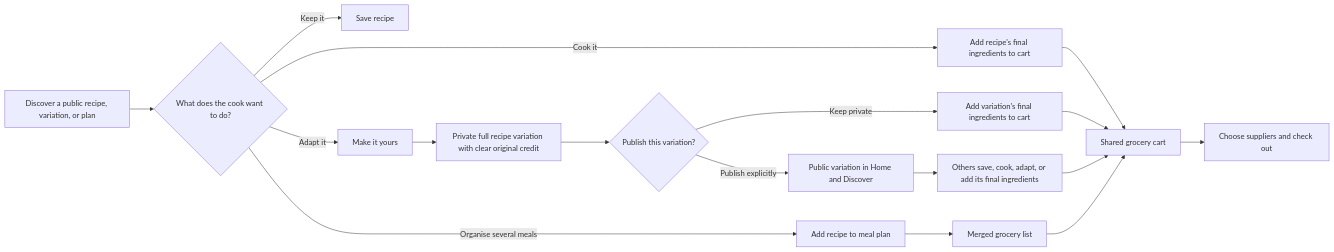
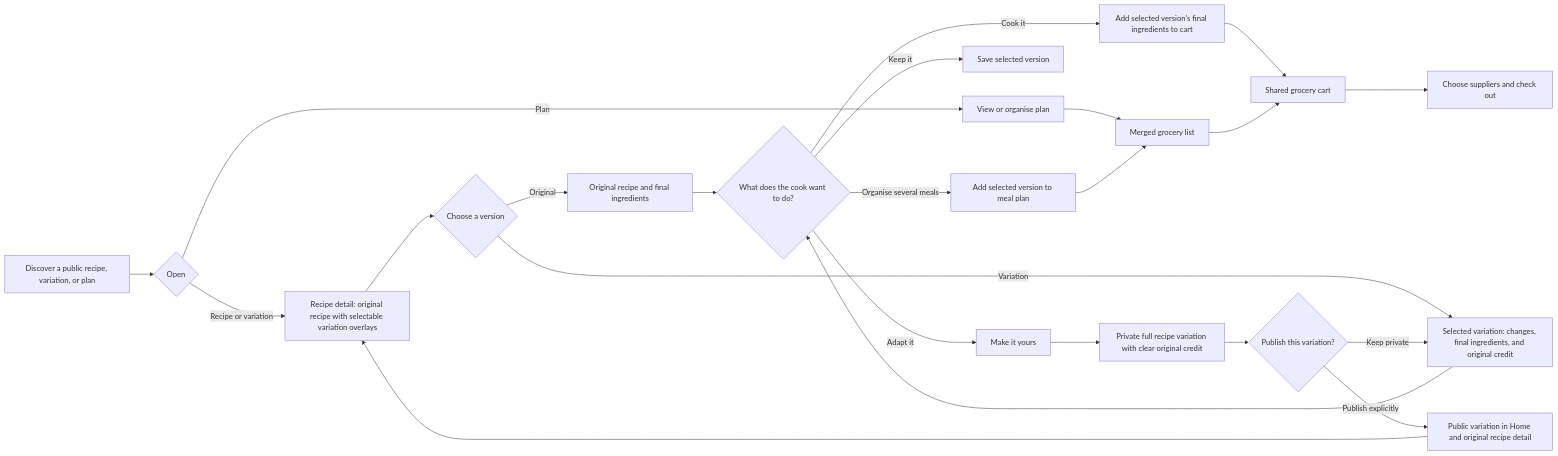
The diagram in docs/superpowers/specs/2026-08-02-social-feed-grocery-ux-design.md (snowballking/home-recipe-app), drawn with Mermaid before and after one commit. The commit also changed other lines of this file, not shown here.

Commit message:
docs: define selectable recipe variations

````diff
--- a/docs/superpowers/specs/2026-08-02-social-feed-grocery-ux-design.md
+++ b/docs/superpowers/specs/2026-08-02-social-feed-grocery-ux-design.md
@@ -13,19 +13,25 @@
 ```mermaid
 flowchart LR
-  A[Discover a public recipe, variation, or plan] --> B{What does the cook want to do?}
-  B -->|Keep it| C[Save recipe]
-  B -->|Cook it| D[Add recipe's final ingredients to cart]
-  B -->|Organise several meals| E[Add recipe to meal plan]
-  B -->|Adapt it| I[Make it yours]
-  I --> J[Private full recipe variation with clear original credit]
-  J --> K{Publish this variation?}
-  K -->|Keep private| L[Add variation's final ingredients to cart]
-  K -->|Publish explicitly| M[Public variation in Home and Discover]
-  M --> N[Others save, cook, adapt, or add its final ingredients]
-  E --> F[Merged grocery list]
-  D --> G[Shared grocery cart]
-  L --> G
-  N --> G
-  F --> G
-  G --> H[Choose suppliers and check out]
+  A[Discover a public recipe, variation, or plan] --> B{Open}
+  B -->|Recipe or variation| C[Recipe detail: original recipe with selectable variation overlays]
+  B -->|Plan| D[View or organise plan]
+  C --> E{Choose a version}
+  E -->|Original| F[Original recipe and final ingredients]
+  E -->|Variation| G[Selected variation: changes, final ingredients, and original credit]
+  F --> H{What does the cook want to do?}
+  G --> H
+  H -->|Keep it| I[Save selected version]
+  H -->|Cook it| J[Add selected version's final ingredients to cart]
+  H -->|Organise several meals| K[Add selected version to meal plan]
+  H -->|Adapt it| L[Make it yours]
+  L --> M[Private full recipe variation with clear original credit]
+  M --> N{Publish this variation?}
+  N -->|Keep private| G
+  N -->|Publish explicitly| O[Public variation in Home and original recipe detail]
+  O --> C
+  D --> P[Merged grocery list]
+  K --> P
+  J --> Q[Shared grocery cart]
+  P --> Q
+  Q --> R[Choose suppliers and check out]
 ```
````
